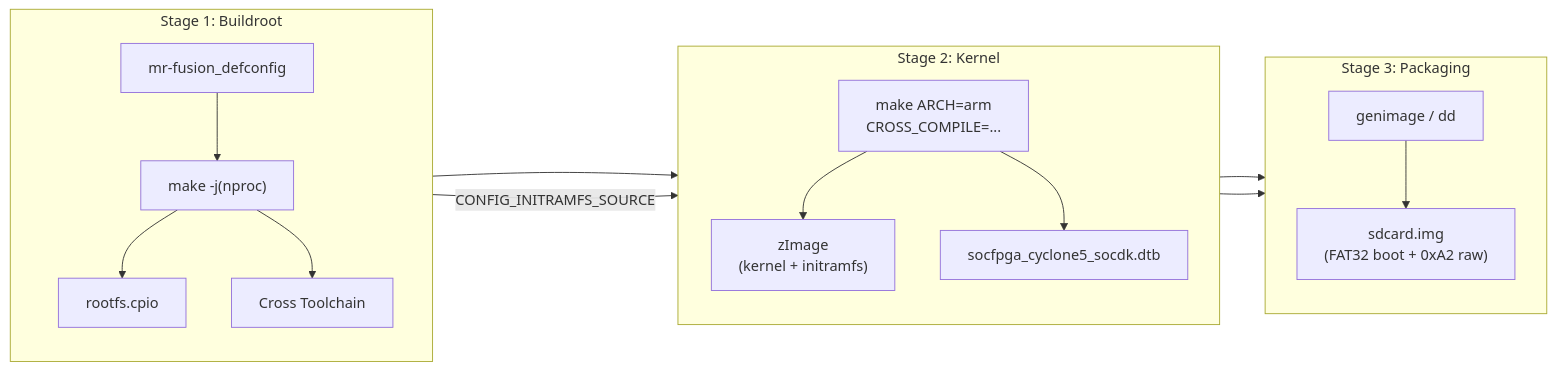
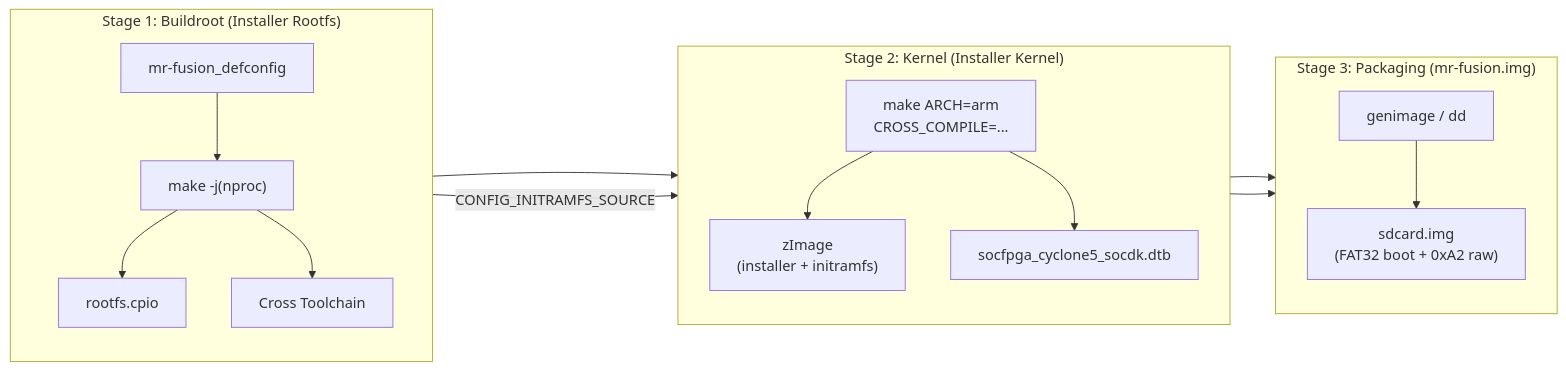
One commit to alfishe/mister-bootcamp changed the third of 3 diagrams in 03_hps_linux/buildroot/buildroot_overview.md. Above: the diagram before and after it, drawn with Mermaid. The commit also changed other lines of this file and 10 other files, not shown here.

````diff
--- a/03_hps_linux/buildroot/buildroot_overview.md
+++ b/03_hps_linux/buildroot/buildroot_overview.md
@@ -257,24 +260,24 @@
 ```mermaid
 flowchart LR
-    subgraph S1["Stage 1: Buildroot"]
+    subgraph S1["Stage 1: Buildroot (Installer Rootfs)"]
         direction TB
         DEF["mr-fusion_defconfig"] --> MAKE["make -j(nproc)"]
         MAKE --> CPIO["rootfs.cpio"]
         MAKE --> TC["Cross Toolchain"]
     end
 
-    subgraph S2["Stage 2: Kernel"]
+    subgraph S2["Stage 2: Kernel (Installer Kernel)"]
         direction TB
         TC --> KMAKE["make ARCH=arm<br/>CROSS_COMPILE=..."]
         CPIO -->|"CONFIG_INITRAMFS_SOURCE"| KMAKE
-        KMAKE --> ZI["zImage<br/>(kernel + initramfs)"]
+        KMAKE --> ZI["zImage<br/>(installer + initramfs)"]
         KMAKE --> DTB["socfpga_cyclone5_socdk.dtb"]
     end
 
-    subgraph S3["Stage 3: Packaging"]
+    subgraph S3["Stage 3: Packaging (mr-fusion.img)"]
         direction TB
         ZI --> IMG["genimage / dd"]
         DTB --> IMG
         IMG --> SD["sdcard.img<br/>(FAT32 boot + 0xA2 raw)"]
     end
 ```
````
